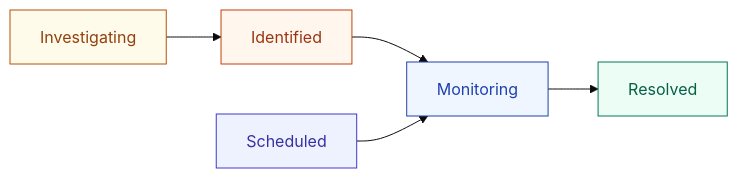
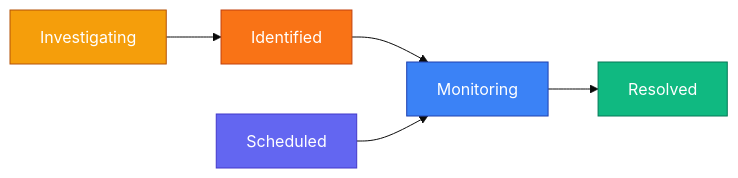
Before and after one commit to supercheck-io/supercheck: the first of 3 diagrams in docs/content/docs/app/communicate/status-pages.mdx, drawn with Mermaid (base theme). The commit also changed other lines of this file and 17 other files, not shown here.

First line of the commit message:
docs: restore original colors, add AI SRE to architecture, reorganize + multi-color diagrams (#310)

````diff
--- a/docs/content/docs/app/communicate/status-pages.mdx
+++ b/docs/content/docs/app/communicate/status-pages.mdx
@@ -282,13 +282,13 @@
 ```mermaid
 flowchart LR
     A[Investigating] --> B[Identified]
     B --> C[Monitoring]
     C --> D[Resolved]
     S[Scheduled] --> C
 
-    style A fill:#fffbeb,stroke:#b45309,color:#92400e
-    style B fill:#fff7ed,stroke:#c2410c,color:#9a3412
-    style C fill:#eff6ff,stroke:#1e40af,color:#1e40af
-    style D fill:#ecfdf5,stroke:#047857,color:#065f46
-    style S fill:#eef2ff,stroke:#4338ca,color:#3730a3
+    style A fill:#f59e0b,stroke:#b45309,color:#fff
+    style B fill:#f97316,stroke:#c2410c,color:#fff
+    style C fill:#3b82f6,stroke:#1e40af,color:#fff
+    style D fill:#10b981,stroke:#047857,color:#fff
+    style S fill:#6366f1,stroke:#4338ca,color:#fff
 ```
````
